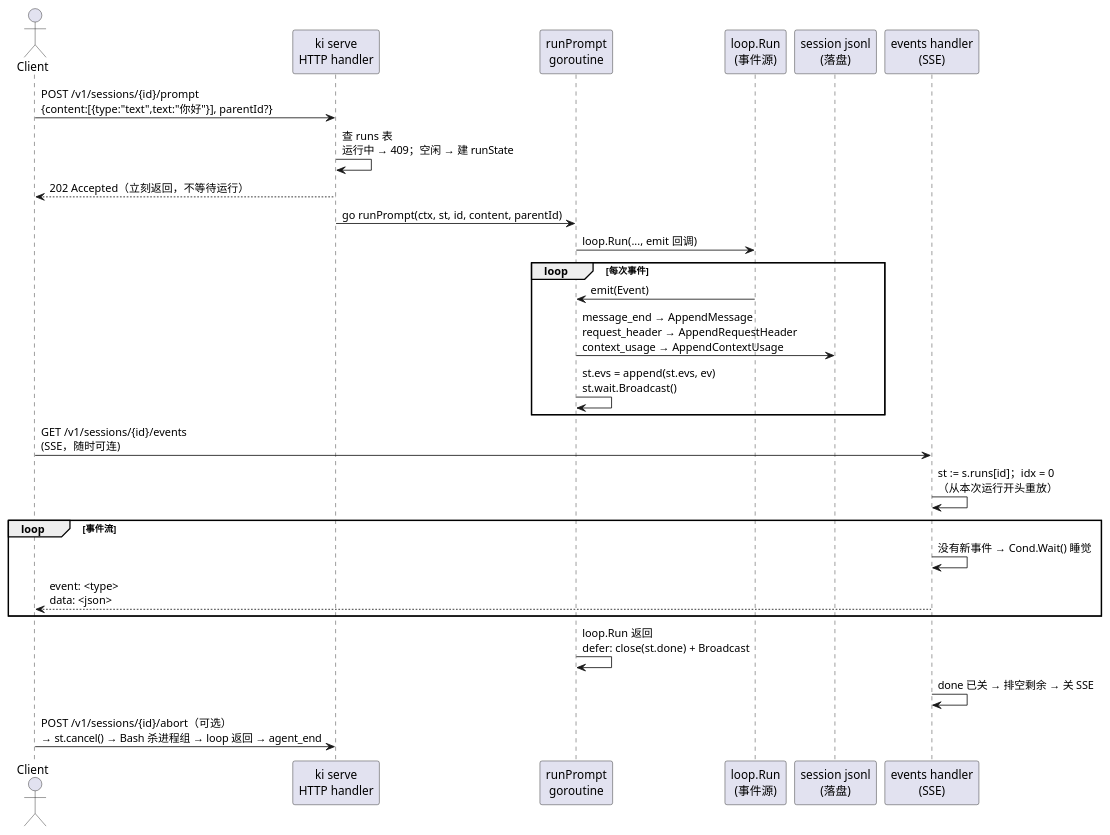
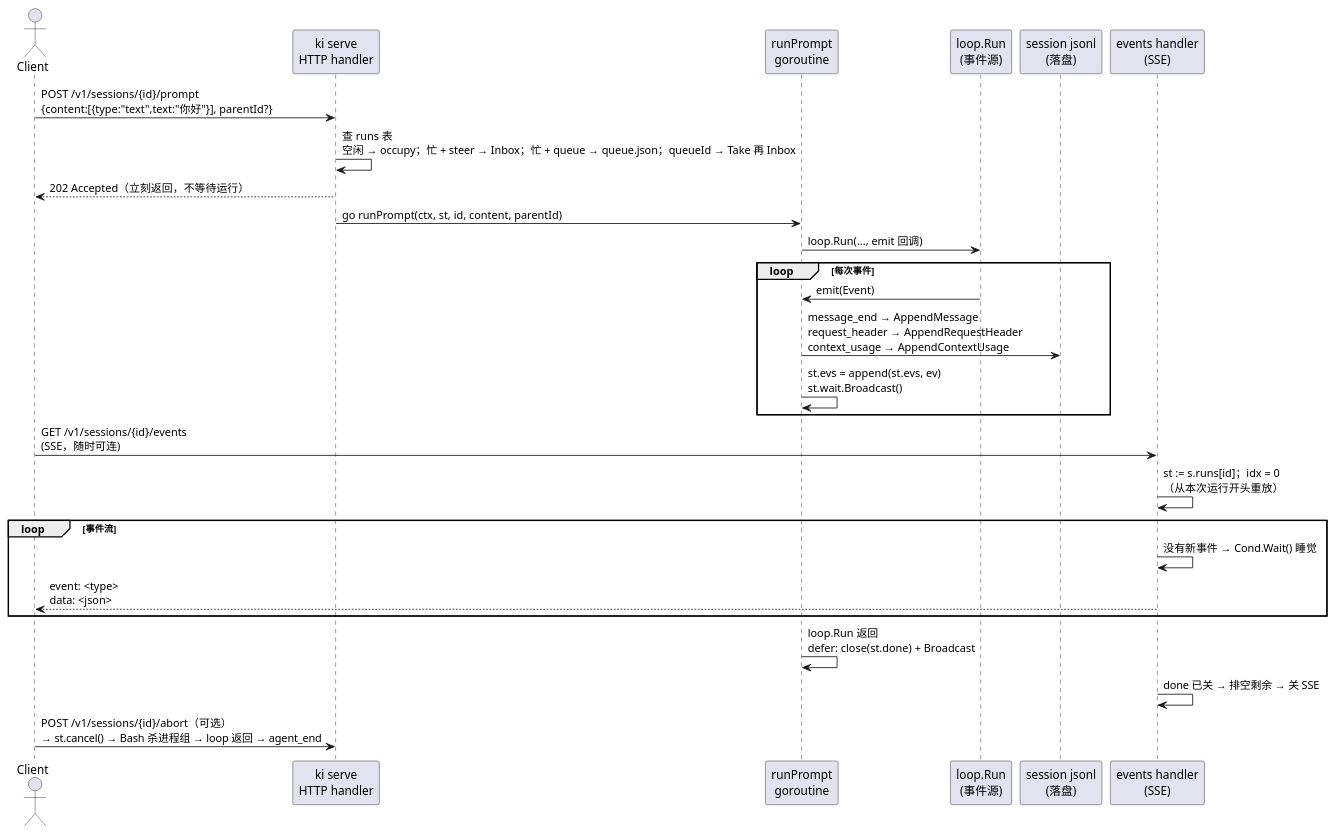
The first of 2 diagrams in docs/architecture.md (skyw8/ki), drawn with PlantUML before and after one commit. The commit also changed other lines of this file and 41 other files, not shown here.

Commit message:
add: queue&steer

````diff
--- a/docs/architecture.md
+++ b/docs/architecture.md
@@ -101,34 +102,34 @@
 ```plantuml
 @startuml
 actor Client as C
 participant "ki serve\nHTTP handler" as S
 participant "runPrompt\ngoroutine" as R
 participant "loop.Run\n(事件源)" as L
 participant "session jsonl\n(落盘)" as F
 participant "events handler\n(SSE)" as E
 
 C -> S : POST /v1/sessions/{id}/prompt\n{content:[{type:"text",text:"你好"}], parentId?}
-S -> S : 查 runs 表\n运行中 → 409；空闲 → 建 runState
+S -> S : 查 runs 表\n空闲 → occupy；忙 + steer → Inbox；忙 + queue → queue.json；queueId → Take 再 Inbox
 S --> C : 202 Accepted（立刻返回，不等待运行）
 S -> R : go runPrompt(ctx, st, id, content, parentId)
 
 R -> L : loop.Run(..., emit 回调)
 loop 每次事件
   L -> R : emit(Event)
   R -> F : message_end → AppendMessage\nrequest_header → AppendRequestHeader\ncontext_usage → AppendContextUsage
   R -> R : st.evs = append(st.evs, ev)\nst.wait.Broadcast()
 end
 
 C -> E : GET /v1/sessions/{id}/events\n(SSE，随时可连)
 E -> E : st := s.runs[id]；idx = 0\n（从本次运行开头重放）
 loop 事件流
   E -> E : 没有新事件 → Cond.Wait() 睡觉
   E --> C : event: <type>\ndata: <json>
 end
 
 R -> R : loop.Run 返回\ndefer: close(st.done) + Broadcast
 E -> E : done 已关 → 排空剩余 → 关 SSE
 
 C -> S : POST /v1/sessions/{id}/abort（可选）\n→ st.cancel() → Bash 杀进程组 → loop 返回 → agent_end
 @enduml
 ```
````
